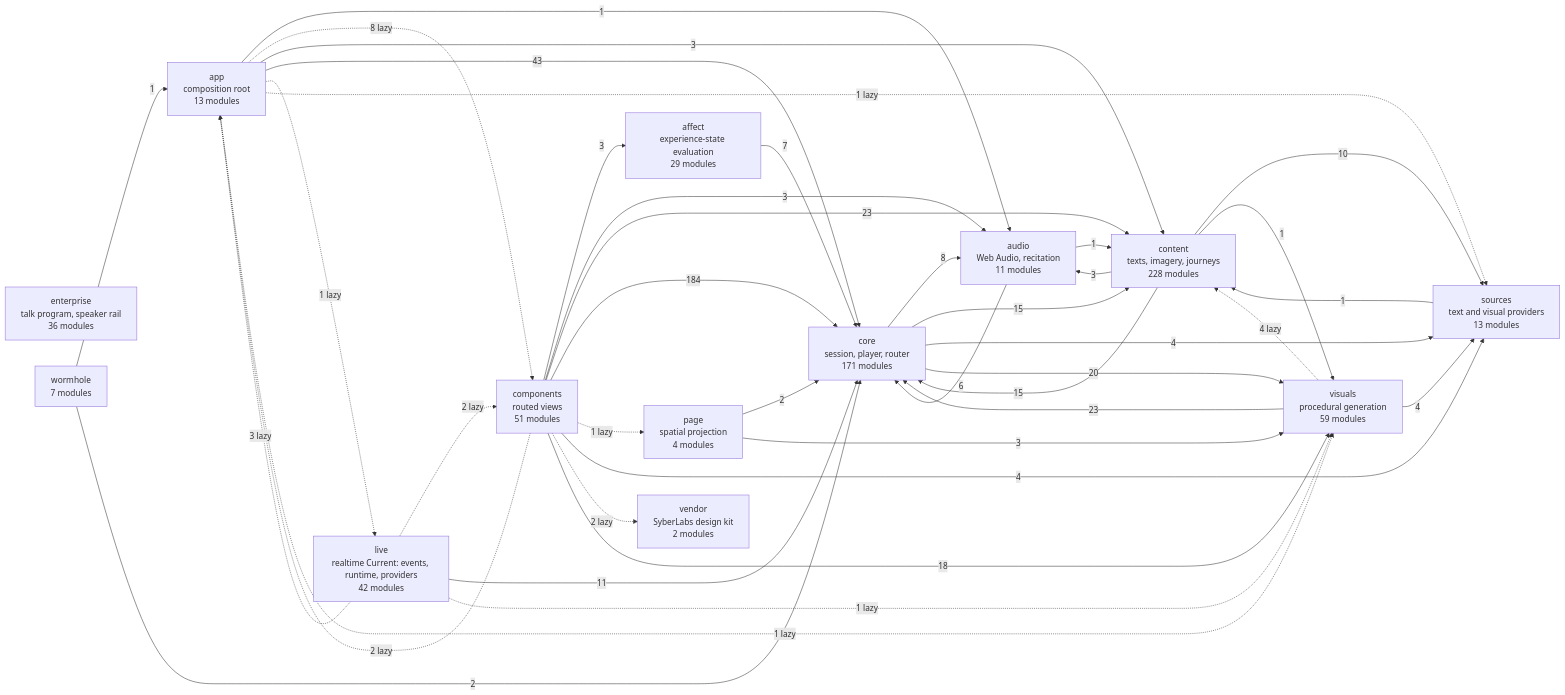
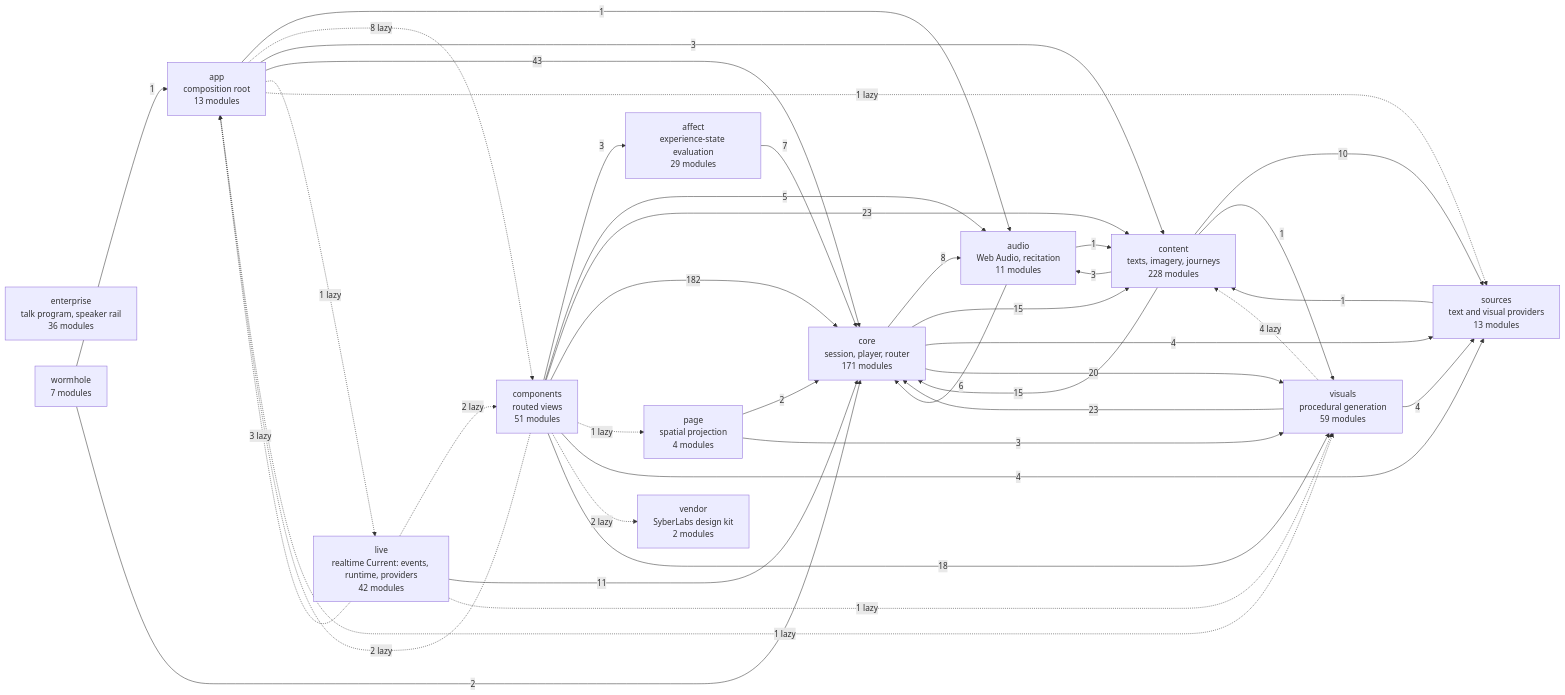
The diagram in docs/specs/ARCHITECTURE.md (SyberLabs/RISE), drawn with Mermaid before and after one commit. The commit also changed 11 other files, not shown here.

````diff
--- a/docs/specs/ARCHITECTURE.md
+++ b/docs/specs/ARCHITECTURE.md
@@ -154,56 +154,56 @@
 ```mermaid
 flowchart LR
     affect["affect<br/>experience-state evaluation<br/>29 modules"]
     app["app<br/>composition root<br/>13 modules"]
     audio["audio<br/>Web Audio, recitation<br/>11 modules"]
     components["components<br/>routed views<br/>51 modules"]
     content["content<br/>texts, imagery, journeys<br/>228 modules"]
     core["core<br/>session, player, router<br/>171 modules"]
     enterprise["enterprise<br/>talk program, speaker rail<br/>36 modules"]
     live["live<br/>realtime Current: events, runtime, providers<br/>42 modules"]
     page["page<br/>spatial projection<br/>4 modules"]
     sources["sources<br/>text and visual providers<br/>13 modules"]
     vendor["vendor<br/>SyberLabs design kit<br/>2 modules"]
     visuals["visuals<br/>procedural generation<br/>59 modules"]
     wormhole["wormhole<br/>7 modules"]
 
     affect --> |7| core
     app --> |1| audio
     app -.-> |8 lazy| components
     app --> |3| content
     app --> |43| core
     app -.-> |1 lazy| live
     app -.-> |1 lazy| sources
     app -.-> |1 lazy| visuals
     audio --> |1| content
     audio --> |6| core
     components --> |3| affect
     components -.-> |2 lazy| app
-    components --> |3| audio
+    components --> |5| audio
     components --> |23| content
-    components --> |184| core
+    components --> |182| core
     components -.-> |1 lazy| page
     components --> |4| sources
     components -.-> |2 lazy| vendor
     components --> |18| visuals
     content --> |3| audio
     content --> |15| core
     content --> |10| sources
     content --> |1| visuals
     core --> |8| audio
     core --> |15| content
     core --> |4| sources
     core --> |20| visuals
     live -.-> |3 lazy| app
     live -.-> |2 lazy| components
     live --> |11| core
     live -.-> |1 lazy| visuals
     page --> |2| core
     page --> |3| visuals
     sources --> |1| content
     visuals -.-> |4 lazy| content
     visuals --> |23| core
     visuals --> |4| sources
     wormhole --> |1| app
     wormhole --> |2| core
 ```
````
